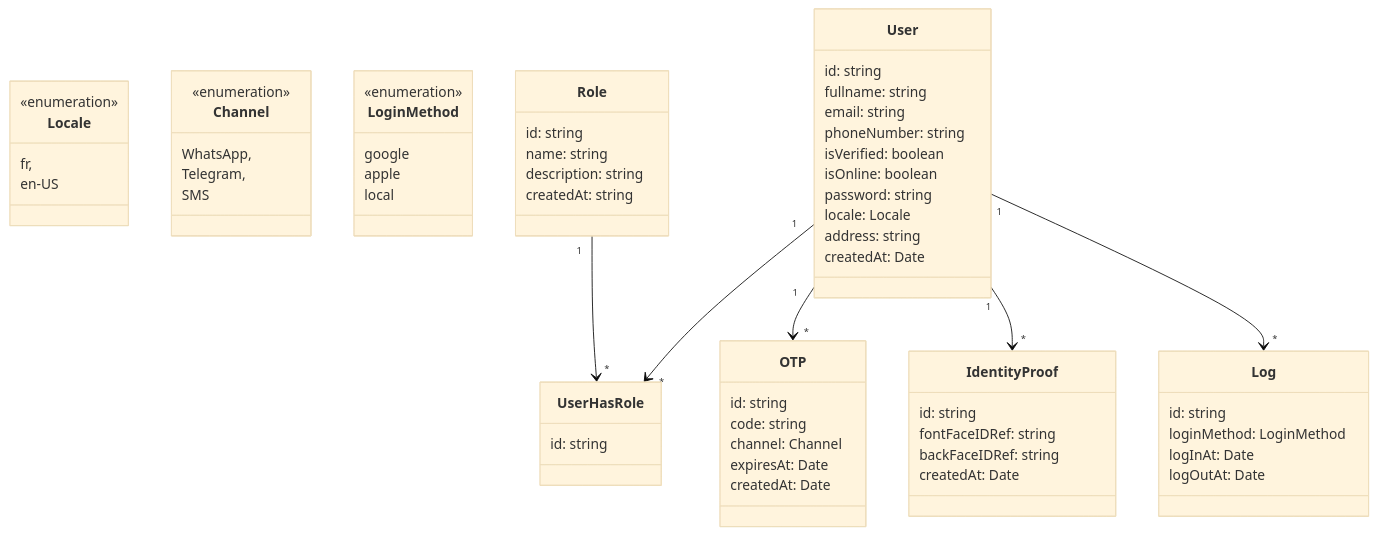
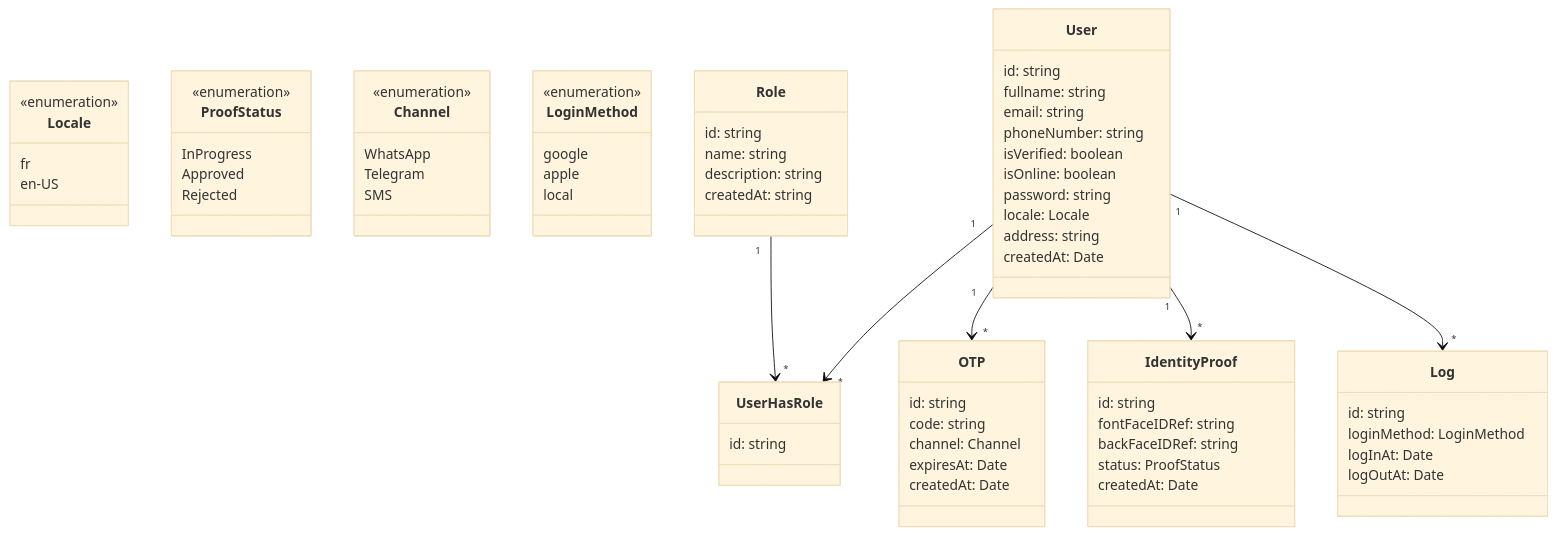
The diagram in docs/class-diagrams/auth-module.md (Hublot-Tech/hublot-app), drawn with Mermaid (base theme) before and after one commit.

````diff
--- a/docs/class-diagrams/auth-module.md
+++ b/docs/class-diagrams/auth-module.md
@@ -1,65 +1,72 @@
 ```mermaid
  classDiagram
       class Locale {
         <<enumeration>>
-        fr,
+        fr
         en-US
+      }
+      class ProofStatus {
+        <<enumeration>>
+        InProgress
+        Approved
+        Rejected
       }
       class Channel {
         <<enumeration>>
-        WhatsApp,
-        Telegram,
+        WhatsApp
+        Telegram
         SMS
       }
       class LoginMethod {
         <<enumeration>>
         google
         apple
         local
       }
       class Role {
           id: string
           name: string
           description: string
           createdAt: string
        }
       class OTP {
           id: string  
           code: string
           channel: Channel
           expiresAt: Date
           createdAt: Date
       }
       class Log {
           id: string
           loginMethod: LoginMethod
           logInAt: Date
           logOutAt: Date
       }
       class IdentityProof {
           id: string
           fontFaceIDRef: string
           backFaceIDRef: string
+          status: ProofStatus
           createdAt: Date
       }
       class User {
           id: string
           fullname: string
           email: string
           phoneNumber: string
           isVerified: boolean
           isOnline: boolean
           password: string
           locale: Locale
           address: string
           createdAt: Date
       }
       class UserHasRole {
           id: string
       }
       User "1" --> "*" UserHasRole
       Role "1" --> "*" UserHasRole
       User "1" --> "*" OTP
       User "1" --> "*" IdentityProof
       User "1" --> "*" Log
 ```
````
